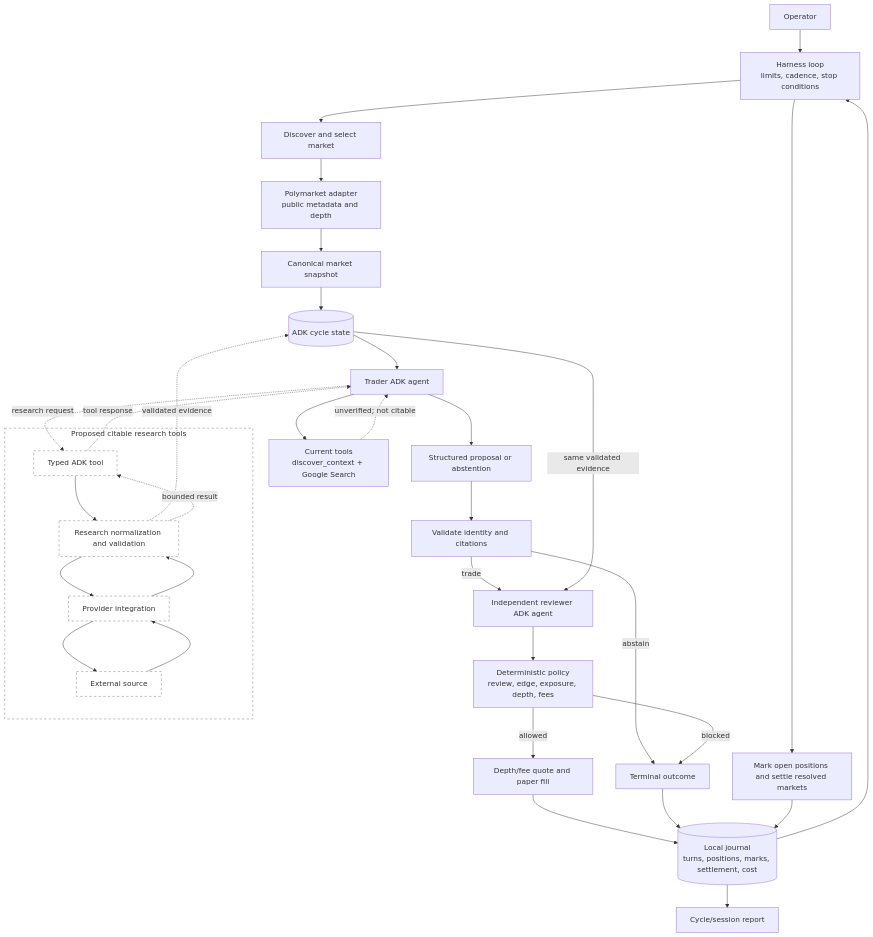
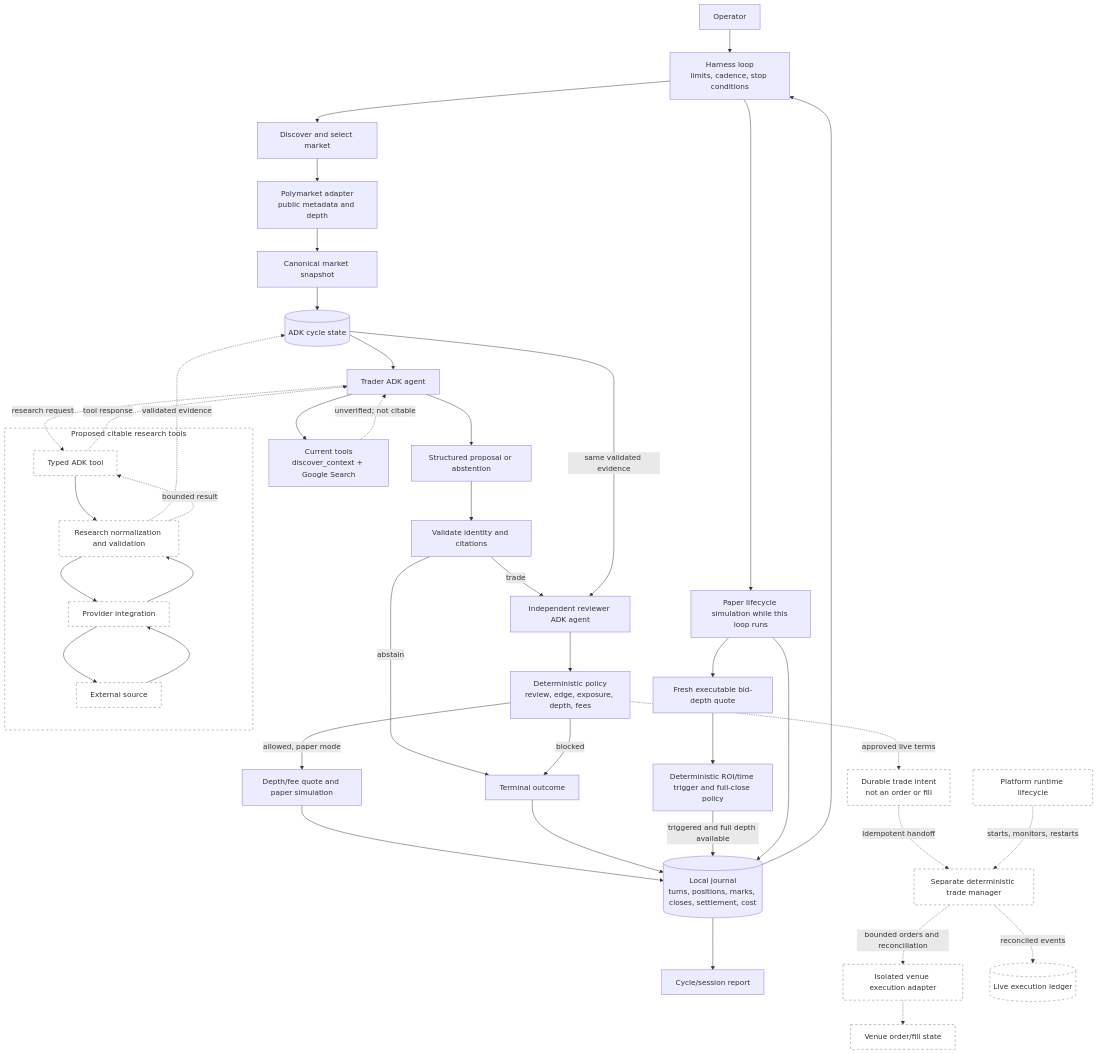
Before and after one commit to JMrtzsn/chrysopoeia: the diagram in harness/docs/architecture.md, drawn with Mermaid. The commit also changed other lines of this file and 32 other files, not shown here.

Commit message:
Add paper exit brackets and manager boundary

````diff
--- a/harness/docs/architecture.md
+++ b/harness/docs/architecture.md
@@ -6,43 +6,53 @@
 ```mermaid
 flowchart TD
     Operator --> Loop["Harness loop<br/>limits, cadence, stop conditions"]
     Loop --> Discover["Discover and select market"]
     Discover --> Venue["Polymarket adapter<br/>public metadata and depth"]
     Venue --> Snapshot["Canonical market snapshot"]
     Snapshot --> State[("ADK cycle state")]
 
     State --> Trader["Trader ADK agent"]
     Trader --> ContextTool["Current tools<br/>discover_context + Google Search"]
     ContextTool -. "unverified; not citable" .-> Trader
     Trader --> Proposal["Structured proposal or abstention"]
     Proposal --> Gate["Validate identity and citations"]
     Gate -->|abstain| Outcome["Terminal outcome"]
     Gate -->|trade| Reviewer["Independent reviewer ADK agent"]
     State -->|same validated evidence| Reviewer
     Reviewer --> Policy["Deterministic policy<br/>review, edge, exposure, depth, fees"]
-    Policy -->|allowed| Quote["Depth/fee quote and paper fill"]
+    Policy -->|allowed, paper mode| Quote["Depth/fee quote and paper simulation"]
     Policy -->|blocked| Outcome
-    Quote --> Journal[("Local journal<br/>turns, positions, marks, settlement, cost")]
+    Quote --> Journal[("Local journal<br/>turns, positions, marks, closes, settlement, cost")]
     Outcome --> Journal
-    Loop --> Lifecycle["Mark open positions and settle resolved markets"]
+    Loop --> Lifecycle["Paper lifecycle simulation while this loop runs"]
+    Lifecycle --> ExitQuote["Fresh executable bid-depth quote"]
+    ExitQuote --> ExitPolicy["Deterministic ROI/time trigger and full-close policy"]
+    ExitPolicy -->|triggered and full depth available| Journal
     Lifecycle --> Journal
     Journal --> Loop
     Journal --> Report["Cycle/session report"]
+
+    Policy -. "approved live terms" .-> Intent["Durable trade intent<br/>not an order or fill"]
+    Intent -. "idempotent handoff" .-> Manager["Separate deterministic trade manager"]
+    Manager -. "bounded orders and reconciliation" .-> Execution["Isolated venue execution adapter"]
+    Execution -.-> LiveVenue["Venue order/fill state"]
+    Manager -. "reconciled events" .-> LiveJournal[("Live execution ledger")]
+    Platform["Platform runtime lifecycle"] -. "starts, monitors, restarts" .-> Manager
 
     subgraph Planned["Proposed citable research tools"]
         Tool["Typed ADK tool"]
         Core["Research normalization and validation"]
         Integration["Provider integration"]
         Source["External source"]
         Tool --> Core --> Integration --> Source
         Source --> Integration --> Core
     end
     Trader -. "research request" .-> Tool
     Core -. "validated evidence" .-> State
     Core -. "bounded result" .-> Tool
     Tool -. "tool response" .-> Trader
 
     classDef planned fill:#fff,stroke:#777,stroke-dasharray:5 5;
-    class Tool,Core,Integration,Source planned;
+    class Tool,Core,Integration,Source,Intent,Manager,Execution,LiveVenue,LiveJournal,Platform planned;
     style Planned fill:#fff,stroke:#777,stroke-dasharray:5 5;
 ```
````
